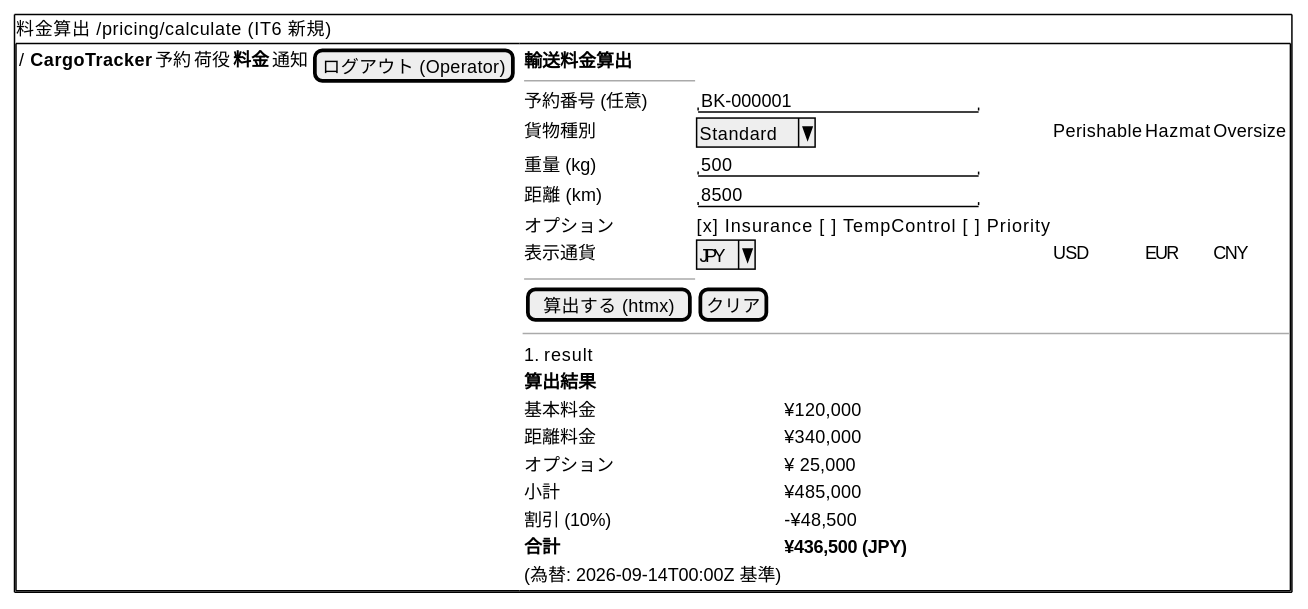
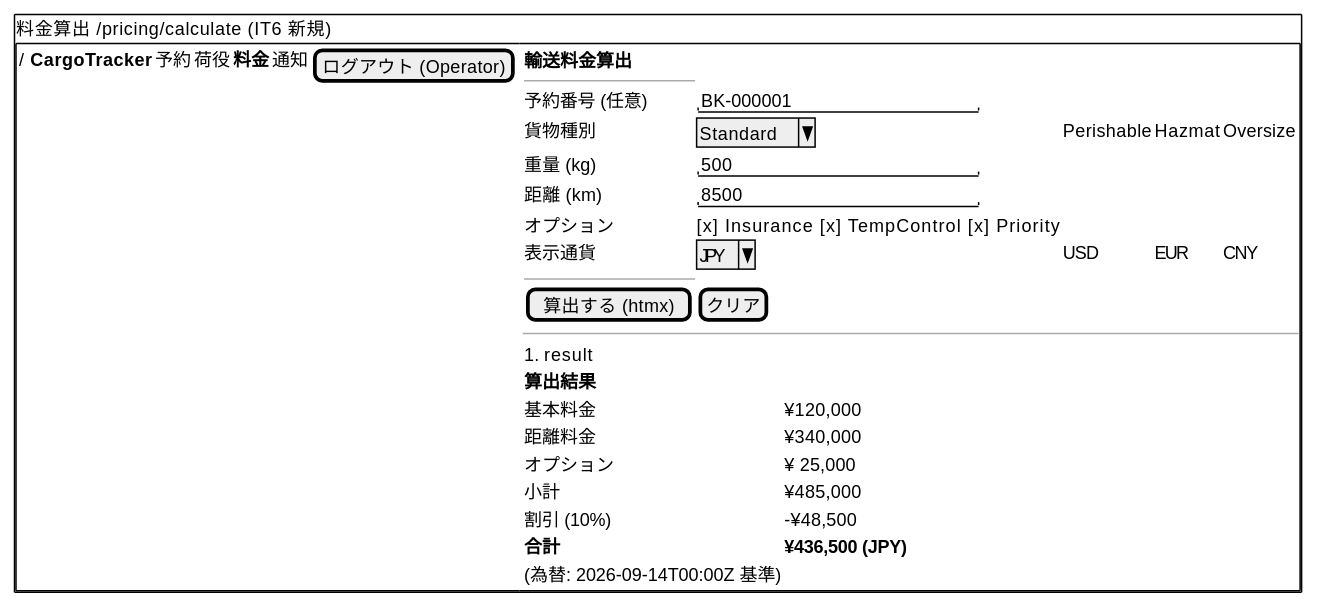
One commit to k2works/case-study-cargo-tracker changed the fifth of 11 diagrams in docs/development/iteration_plan-6.md. Above: the diagram before and after it, drawn with PlantUML. The commit also changed other lines of this file, not shown here.

````diff
--- a/docs/development/iteration_plan-6.md
+++ b/docs/development/iteration_plan-6.md
@@ -630,35 +633,35 @@
 ```plantuml
 @startsalt
 {+
   料金算出  /pricing/calculate  (IT6 新規)
   {+
   { / <b>CargoTracker</b> | 予約 | 荷役 | <b>料金</b> | 通知 | [ログアウト (Operator)] } |
   {
     {
       <b>輸送料金算出</b>
       ---------------------
       予約番号 (任意)  | "BK-000001              "
       貨物種別        | ^Standard^ | Perishable | Hazmat | Oversize
       重量 (kg)       | "500                    "
       距離 (km)       | "8500                   "
-      オプション      | [x] Insurance   [ ] TempControl   [ ] Priority
+      オプション      | [x] Insurance   [x] TempControl   [x] Priority
       表示通貨        | ^JPY^ | USD | EUR | CNY
       ---------------------
       [ 算出する (htmx) ] | [ クリア ]
     }
     ---------------------
     { #result
       <b>算出結果</b>
       基本料金      | ¥120,000
       距離料金      | ¥340,000
       オプション    | ¥ 25,000
       小計          | ¥485,000
       割引 (10%)    | -¥48,500
       <b>合計</b>   | <b>¥436,500 (JPY)</b>
       (為替: 2026-09-14T00:00Z 基準)
     }
   }
   }
 }
 @endsalt
 ```
````
